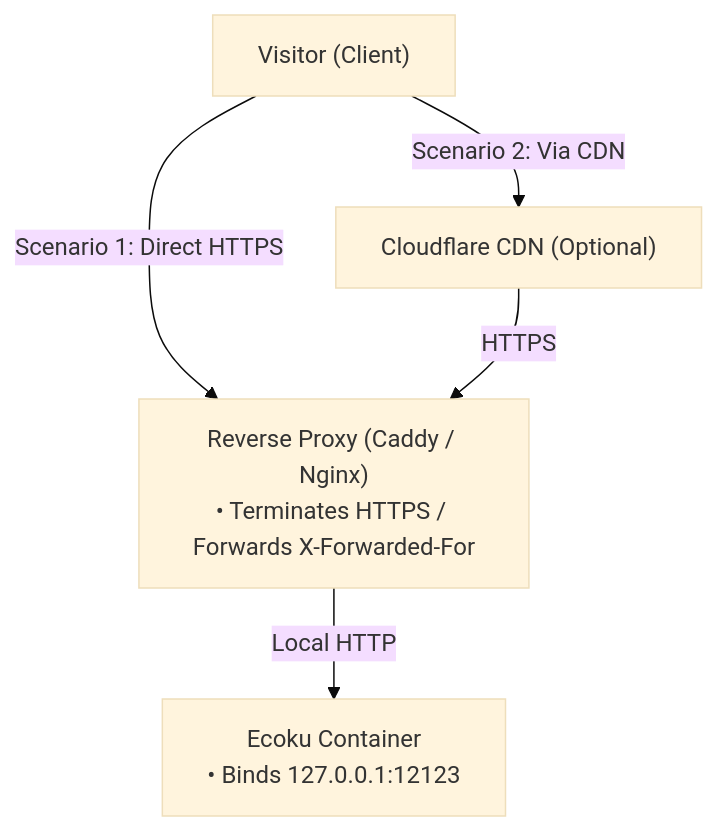
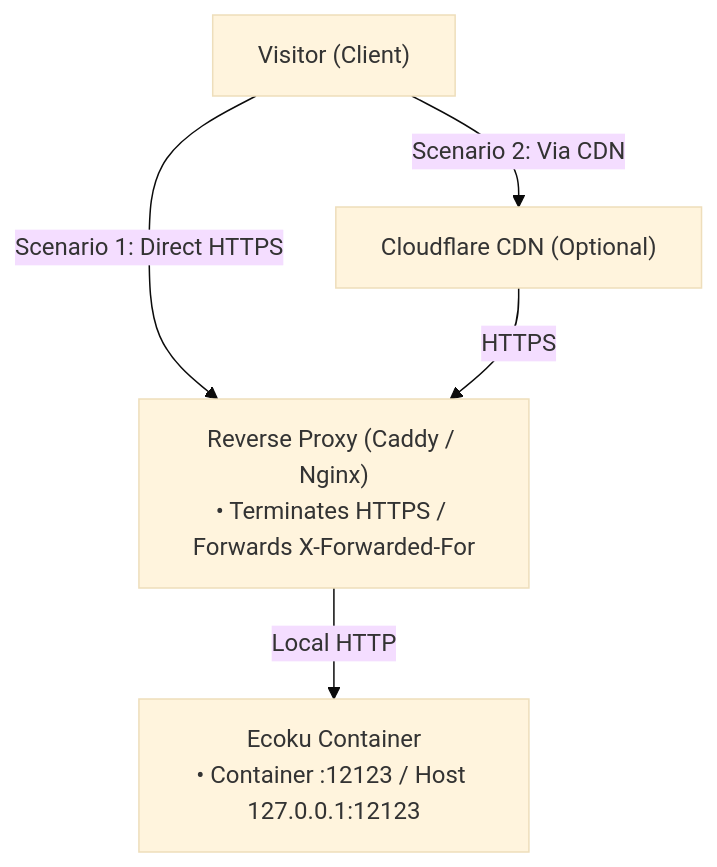
One commit to DejavuMoe/Ecoku changed the diagram in docs/en/self-hosting/reverse-proxy.md. Above: the diagram before and after it, drawn with Mermaid (base theme). The commit also changed other lines of this file and 66 other files, not shown here.

````diff
--- a/docs/en/self-hosting/reverse-proxy.md
+++ b/docs/en/self-hosting/reverse-proxy.md
@@ -9,12 +9,12 @@
 ```mermaid
 flowchart TD
     V["Visitor (Client)"]
     CDN["Cloudflare CDN (Optional)"]
     Proxy["Reverse Proxy (Caddy / Nginx)<br/>• Terminates HTTPS / Forwards X-Forwarded-For"]
-    Container["Ecoku Container<br/>• Binds 127.0.0.1:12123"]
+    Container["Ecoku Container<br/>• Container :12123 / Host 127.0.0.1:12123"]
 
     V -->|Scenario 1: Direct HTTPS| Proxy
     V -->|Scenario 2: Via CDN| CDN
     CDN -->|HTTPS| Proxy
     Proxy -->|Local HTTP| Container
 ```
````
